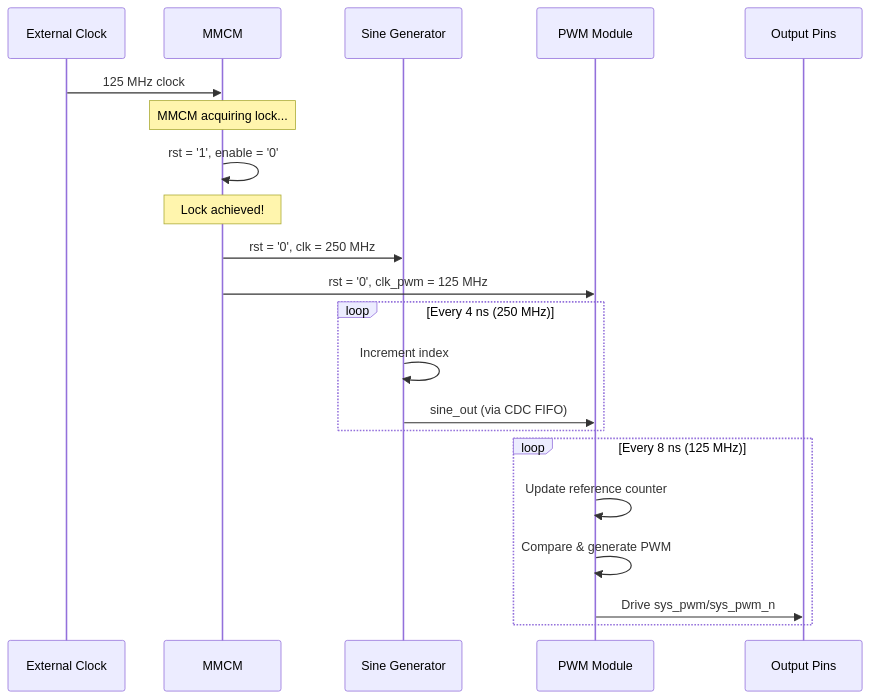
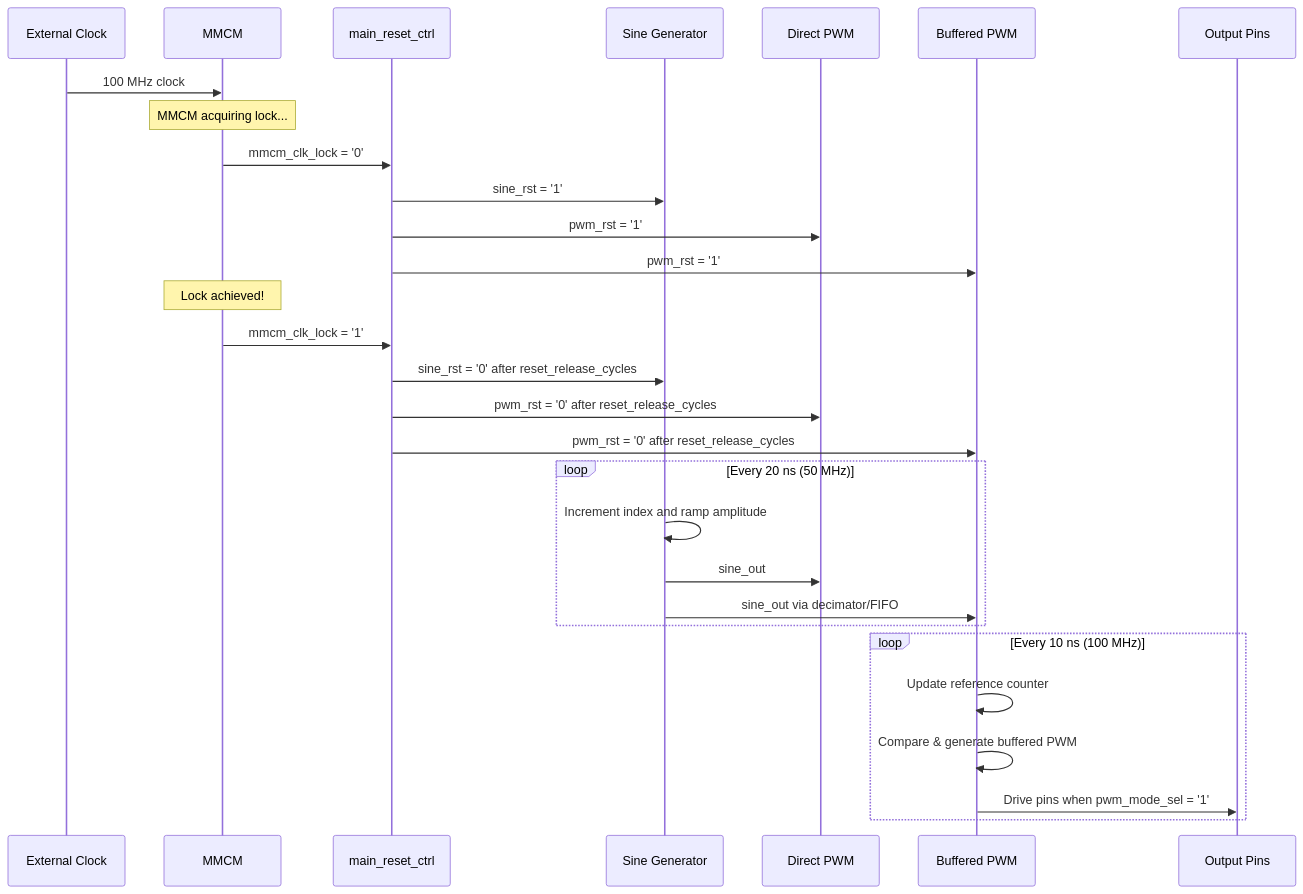
One commit to ekazakov1507/pwm_demo changed the sixth of 6 diagrams in docs/src/main.md. Above: the diagram before and after it, drawn with Mermaid. The commit also changed other lines of this file and 10 other files, not shown here.

````diff
--- a/docs/src/main.md
+++ b/docs/src/main.md
@@ -241,27 +279,35 @@
 ```mermaid
 sequenceDiagram
     participant EXT as External Clock
     participant MMCM as MMCM
+    participant CTRL as main_reset_ctrl
     participant SINE as Sine Generator
-    participant PWM as PWM Module
+    participant DIRECT as Direct PWM
+    participant BUFFERED as Buffered PWM
     participant OUT as Output Pins
 
-    EXT->>MMCM: 125 MHz clock
+    EXT->>MMCM: 100 MHz clock
     Note over MMCM: MMCM acquiring lock...
-    MMCM->>MMCM: rst = '1', enable = '0'
+    MMCM->>CTRL: mmcm_clk_lock = '0'
+    CTRL->>SINE: sine_rst = '1'
+    CTRL->>DIRECT: pwm_rst = '1'
+    CTRL->>BUFFERED: pwm_rst = '1'
 
     Note over MMCM: Lock achieved!
-    MMCM->>SINE: rst = '0', clk = 250 MHz
-    MMCM->>PWM: rst = '0', clk_pwm = 125 MHz
+    MMCM->>CTRL: mmcm_clk_lock = '1'
+    CTRL->>SINE: sine_rst = '0' after reset_release_cycles
+    CTRL->>DIRECT: pwm_rst = '0' after reset_release_cycles
+    CTRL->>BUFFERED: pwm_rst = '0' after reset_release_cycles
 
-    loop Every 4 ns (250 MHz)
-        SINE->>SINE: Increment index
-        SINE->>PWM: sine_out (via CDC FIFO)
+    loop Every 20 ns (50 MHz)
+        SINE->>SINE: Increment index and ramp amplitude
+        SINE->>DIRECT: sine_out
+        SINE->>BUFFERED: sine_out via decimator/FIFO
     end
 
-    loop Every 8 ns (125 MHz)
-        PWM->>PWM: Update reference counter
-        PWM->>PWM: Compare & generate PWM
-        PWM->>OUT: Drive sys_pwm/sys_pwm_n
+    loop Every 10 ns (100 MHz)
+        BUFFERED->>BUFFERED: Update reference counter
+        BUFFERED->>BUFFERED: Compare & generate buffered PWM
+        BUFFERED->>OUT: Drive pins when pwm_mode_sel = '1'
     end
 ```
````
